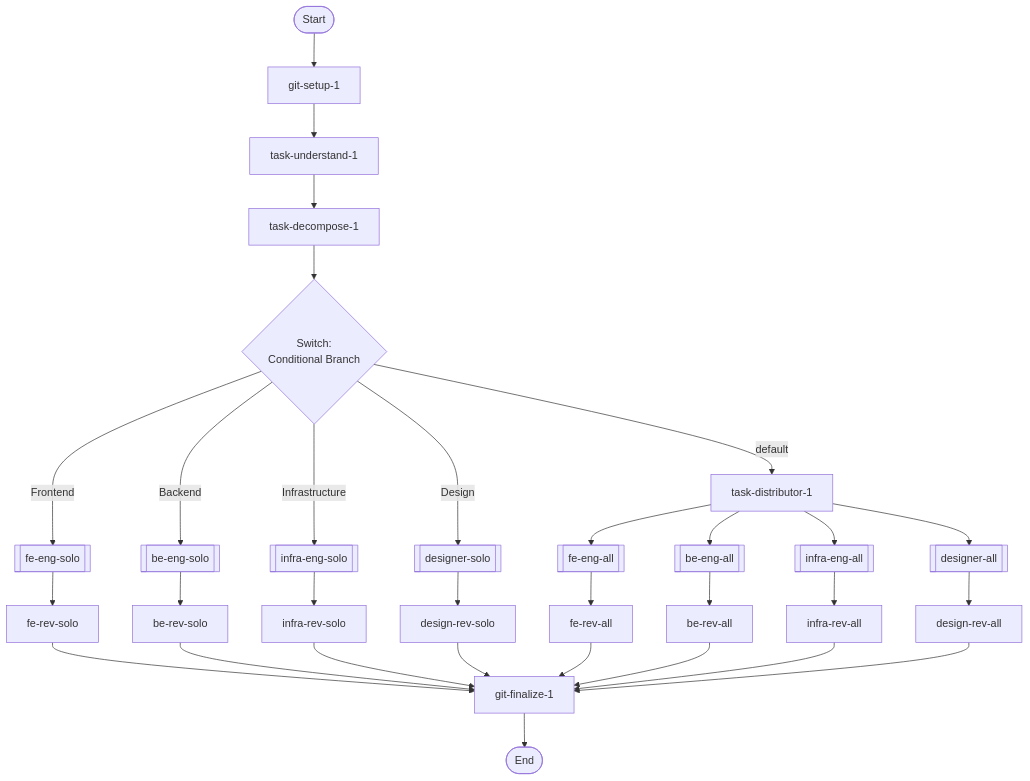
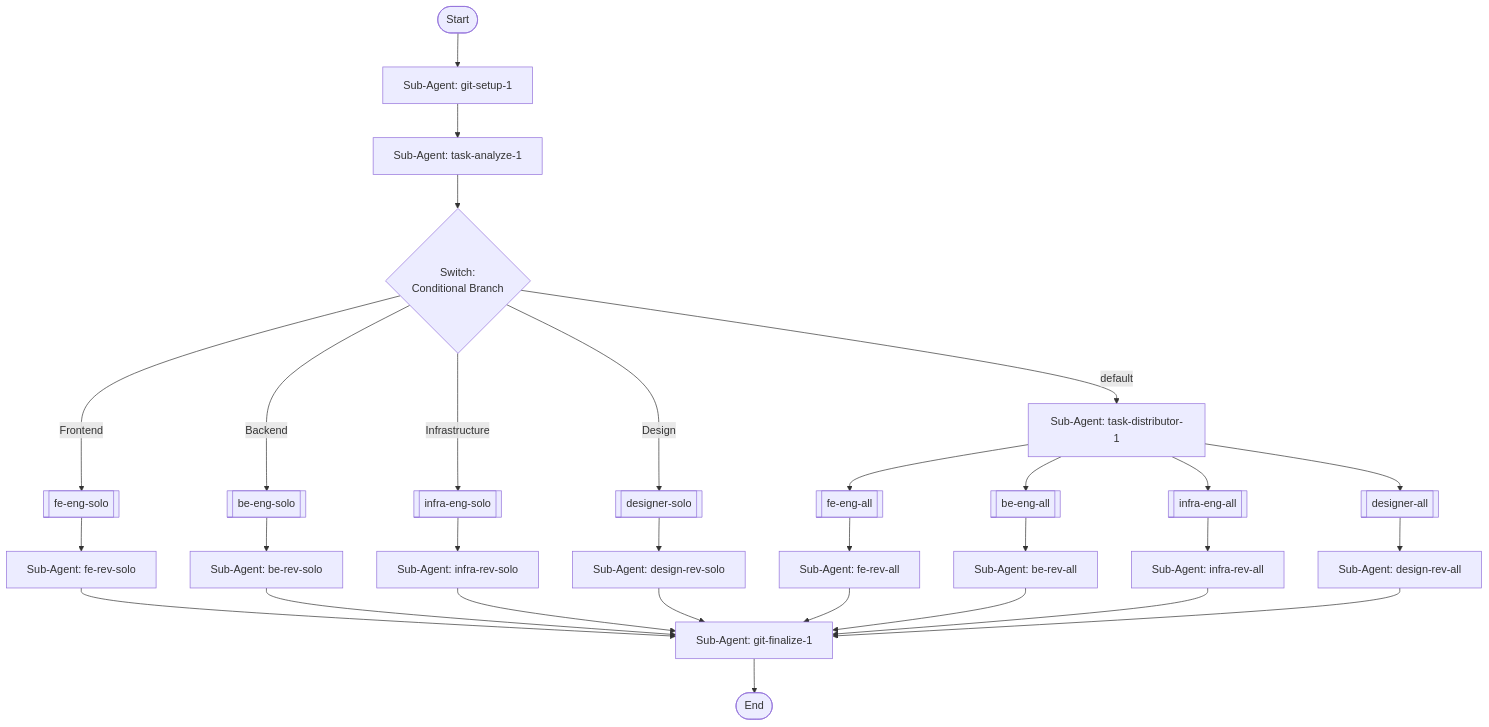
The diagram in .claude/commands/dev.md (lihs-ie/alpha-mind), drawn with Mermaid before and after one commit. The commit also changed other lines of this file and 17 other files, not shown here.

````diff
--- a/.claude/commands/dev.md
+++ b/.claude/commands/dev.md
@@ -4,58 +4,56 @@
 ```mermaid
 flowchart TD
     start_1([Start])
-    git_setup_1[git-setup-1]
-    task_understand_1[task-understand-1]
-    task_decompose_1[task-decompose-1]
+    git_setup_1[Sub-Agent: git-setup-1]
+    task_analyze_1[Sub-Agent: task-analyze-1]
     domain_switch_1{Switch:<br/>Conditional Branch}
     fe_eng_solo[["fe-eng-solo"]]
-    fe_rev_solo[fe-rev-solo]
+    fe_rev_solo[Sub-Agent: fe-rev-solo]
     be_eng_solo[["be-eng-solo"]]
-    be_rev_solo[be-rev-solo]
+    be_rev_solo[Sub-Agent: be-rev-solo]
     infra_eng_solo[["infra-eng-solo"]]
-    infra_rev_solo[infra-rev-solo]
+    infra_rev_solo[Sub-Agent: infra-rev-solo]
     designer_solo[["designer-solo"]]
-    design_rev_solo[design-rev-solo]
-    task_distributor_1[task-distributor-1]
+    design_rev_solo[Sub-Agent: design-rev-solo]
+    task_distributor_1[Sub-Agent: task-distributor-1]
     fe_eng_all[["fe-eng-all"]]
+    fe_rev_all[Sub-Agent: fe-rev-all]
     be_eng_all[["be-eng-all"]]
+    be_rev_all[Sub-Agent: be-rev-all]
     infra_eng_all[["infra-eng-all"]]
+    infra_rev_all[Sub-Agent: infra-rev-all]
     designer_all[["designer-all"]]
-    fe_rev_all[fe-rev-all]
-    be_rev_all[be-rev-all]
-    infra_rev_all[infra-rev-all]
-    design_rev_all[design-rev-all]
-    git_finalize_1[git-finalize-1]
+    design_rev_all[Sub-Agent: design-rev-all]
+    git_finalize_1[Sub-Agent: git-finalize-1]
     end_1([End])
 
     start_1 --> git_setup_1
-    git_setup_1 --> task_understand_1
-    task_understand_1 --> task_decompose_1
-    task_decompose_1 --> domain_switch_1
+    git_setup_1 --> task_analyze_1
+    task_analyze_1 --> domain_switch_1
     domain_switch_1 -->|Frontend| fe_eng_solo
     domain_switch_1 -->|Backend| be_eng_solo
     domain_switch_1 -->|Infrastructure| infra_eng_solo
     domain_switch_1 -->|Design| designer_solo
     domain_switch_1 -->|default| task_distributor_1
     fe_eng_solo --> fe_rev_solo
     be_eng_solo --> be_rev_solo
     infra_eng_solo --> infra_rev_solo
     designer_solo --> design_rev_solo
     task_distributor_1 --> fe_eng_all
     task_distributor_1 --> be_eng_all
     task_distributor_1 --> infra_eng_all
     task_distributor_1 --> designer_all
     fe_eng_all --> fe_rev_all
     be_eng_all --> be_rev_all
     infra_eng_all --> infra_rev_all
     designer_all --> design_rev_all
     fe_rev_solo --> git_finalize_1
     be_rev_solo --> git_finalize_1
     infra_rev_solo --> git_finalize_1
     design_rev_solo --> git_finalize_1
     fe_rev_all --> git_finalize_1
     be_rev_all --> git_finalize_1
     infra_rev_all --> git_finalize_1
     design_rev_all --> git_finalize_1
     git_finalize_1 --> end_1
 ```
````
